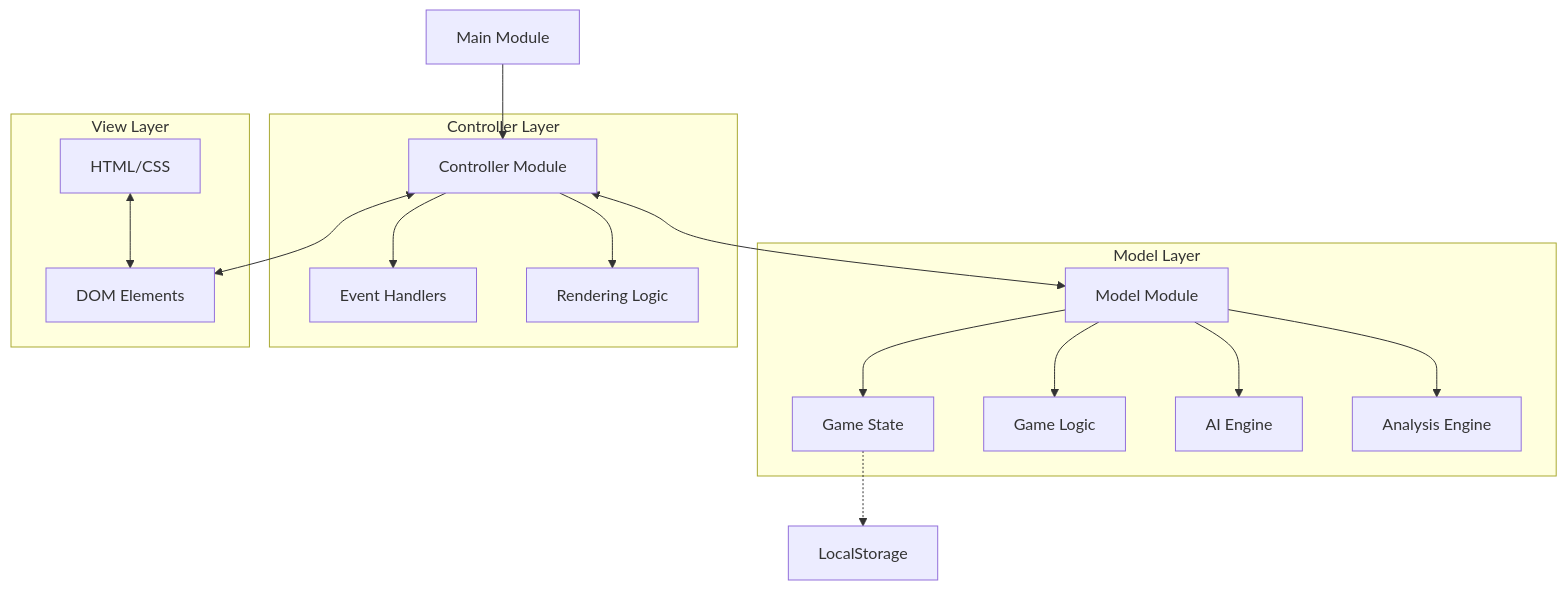
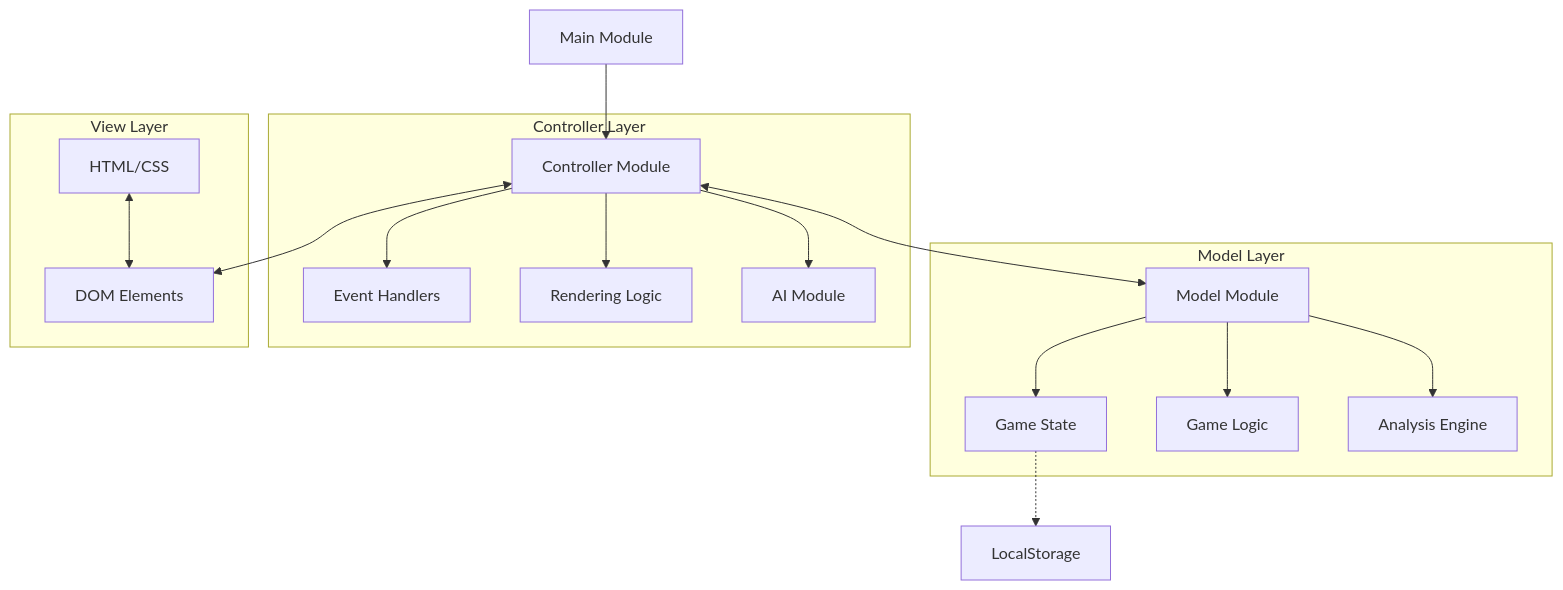
Before and after one commit to xpmatteo/scopa-trainer-v2: the diagram in memory-bank/systemPatterns.md, drawn with Mermaid. The commit also changed other lines of this file and 7 other files, not shown here.

````diff
--- a/memory-bank/systemPatterns.md
+++ b/memory-bank/systemPatterns.md
@@ -7,27 +7,27 @@
 ```mermaid
 flowchart TD
     Main[Main Module] --> Controller
     
     subgraph Model Layer
         Model[Model Module] --> GameState[Game State]
         Model --> GameLogic[Game Logic]
-        Model --> AIEngine[AI Engine]
         Model --> AnalysisEngine[Analysis Engine]
     end
     
     subgraph Controller Layer
         Controller[Controller Module] --> UIHandlers[Event Handlers]
         Controller --> Rendering[Rendering Logic]
+        Controller --> AI[AI Module]
     end
     
     Controller <--> Model
     
     subgraph View Layer
         HTML[HTML/CSS] <--> DOM[DOM Elements]
     end
     
     Controller <--> DOM
     
     %% Future extension
     GameState -.-> LocalStorage[LocalStorage]
 ```
````
